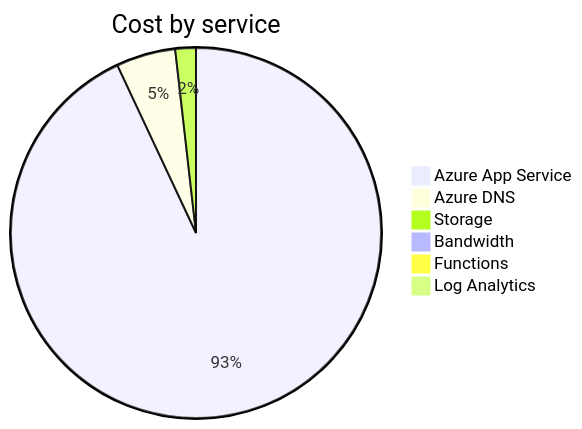
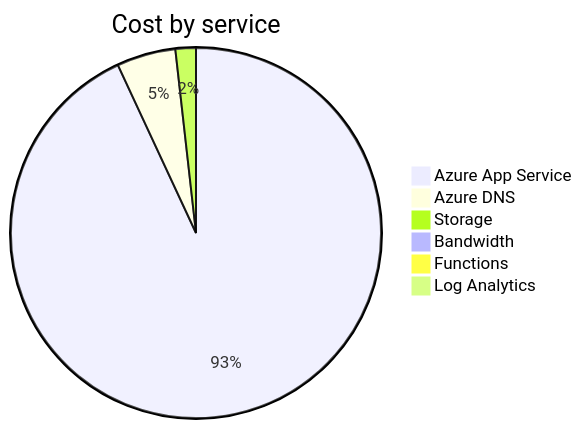
One commit to jpfulton/azure-personal-reports changed the second of 4 diagrams in cost-reports/accumulated-cost.md. Above: the diagram before and after it, drawn with Mermaid. The commit also changed other lines of this file and 4 other files, not shown here.

````diff
--- a/cost-reports/accumulated-cost.md
+++ b/cost-reports/accumulated-cost.md
@@ -100,10 +100,10 @@
 ```mermaid
 pie
    title Cost by service
-   "Azure App Service" : 16.54
-   "Azure DNS" : 0.92
-   "Storage" : 0.32
+   "Azure App Service" : 17.73
+   "Azure DNS" : 0.98
+   "Storage" : 0.34
    "Bandwidth" : 0.00
    "Functions" : 0.00
    "Log Analytics" : 0.00
 ```
````
